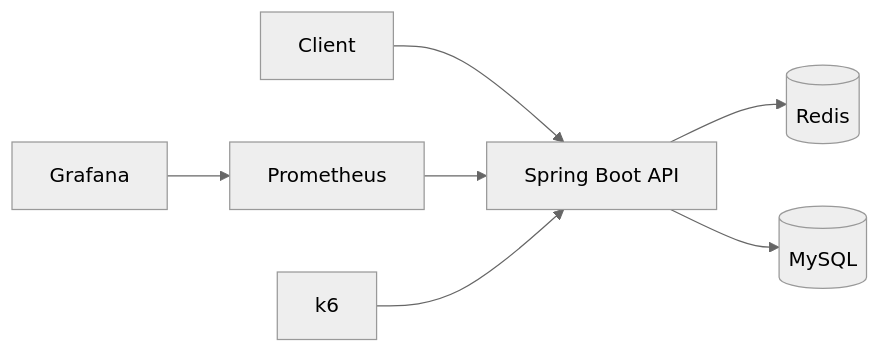
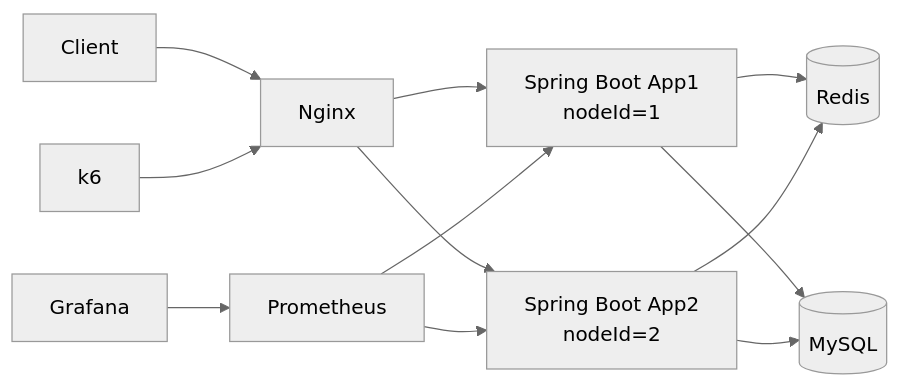
The first of 2 diagrams in docs/03-architecture.md (Backend-System-Design-Lab/01-URL-Shortener), drawn with Mermaid (neutral theme) before and after one commit. The commit also changed other lines of this file and 2 other files, not shown here.

````diff
--- a/docs/03-architecture.md
+++ b/docs/03-architecture.md
@@ -14,17 +14,31 @@
 ```mermaid
 flowchart LR
     Client[Client]
-    API[Spring Boot API]
+    Nginx[Nginx]
+
+    App1[Spring Boot App1<br/>nodeId=1]
+    App2[Spring Boot App2<br/>nodeId=2]
+
     Redis[(Redis)]
     DB[(MySQL)]
+
     Prometheus[Prometheus]
     Grafana[Grafana]
     k6[k6]
 
-    Client --> API
-    API --> Redis
-    API --> DB
-    Prometheus --> API
+    Client --> Nginx
+    k6 --> Nginx
+
+    Nginx --> App1
+    Nginx --> App2
+
+    App1 --> Redis
+    App2 --> Redis
+
+    App1 --> DB
+    App2 --> DB
+
+    Prometheus --> App1
+    Prometheus --> App2
     Grafana --> Prometheus
-    k6 --> API
 ```
````
